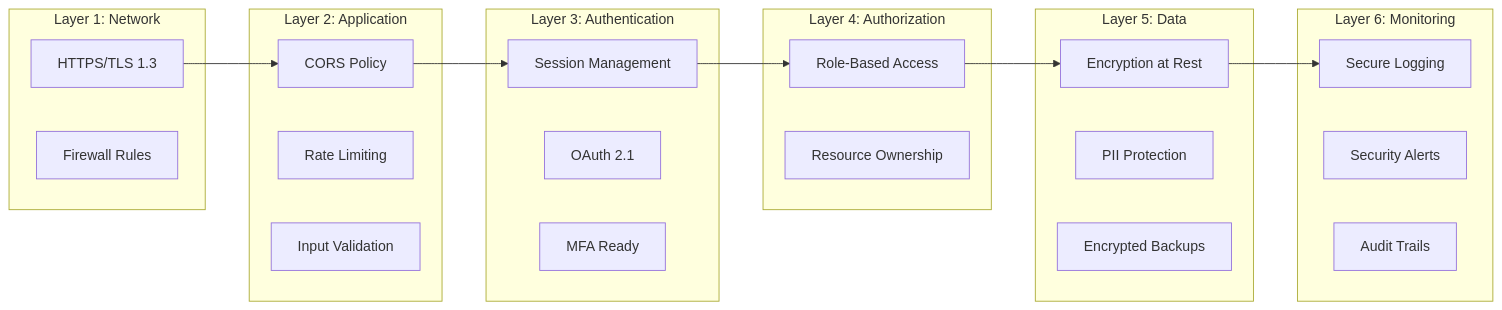
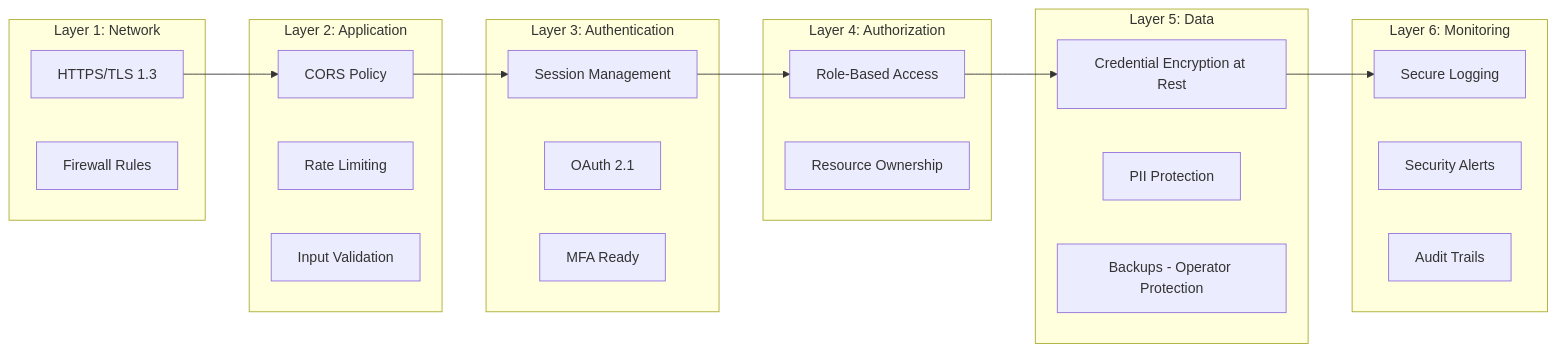
One commit to jgouviergmail/LIA-Assistant changed the second of 4 diagrams in docs/technical/SECURITY.md. Above: the diagram before and after it, drawn with Mermaid. The commit also changed other lines of this file and 564 other files, not shown here.

````diff
--- a/docs/technical/SECURITY.md
+++ b/docs/technical/SECURITY.md
@@ -201,42 +201,42 @@
 ```mermaid
 graph LR
     subgraph "Layer 1: Network"
         HTTPS[HTTPS/TLS 1.3]
         Firewall[Firewall Rules]
     end
 
     subgraph "Layer 2: Application"
         CORS[CORS Policy]
         RateLimit[Rate Limiting]
         Validation[Input Validation]
     end
 
     subgraph "Layer 3: Authentication"
         Sessions[Session Management]
         OAuth[OAuth 2.1]
         MFA[MFA Ready]
     end
 
     subgraph "Layer 4: Authorization"
         RBAC[Role-Based Access]
         ResourceOwner[Resource Ownership]
     end
 
     subgraph "Layer 5: Data"
-        Encryption[Encryption at Rest]
+        Encryption[Credential Encryption at Rest]
         PII[PII Protection]
-        Backup[Encrypted Backups]
+        Backup[Backups - Operator Protection]
     end
 
     subgraph "Layer 6: Monitoring"
         Logging[Secure Logging]
         Alerting[Security Alerts]
         Audit[Audit Trails]
     end
 
     HTTPS --> CORS
     CORS --> Sessions
     Sessions --> RBAC
     RBAC --> Encryption
     Encryption --> Logging
 ```
````
